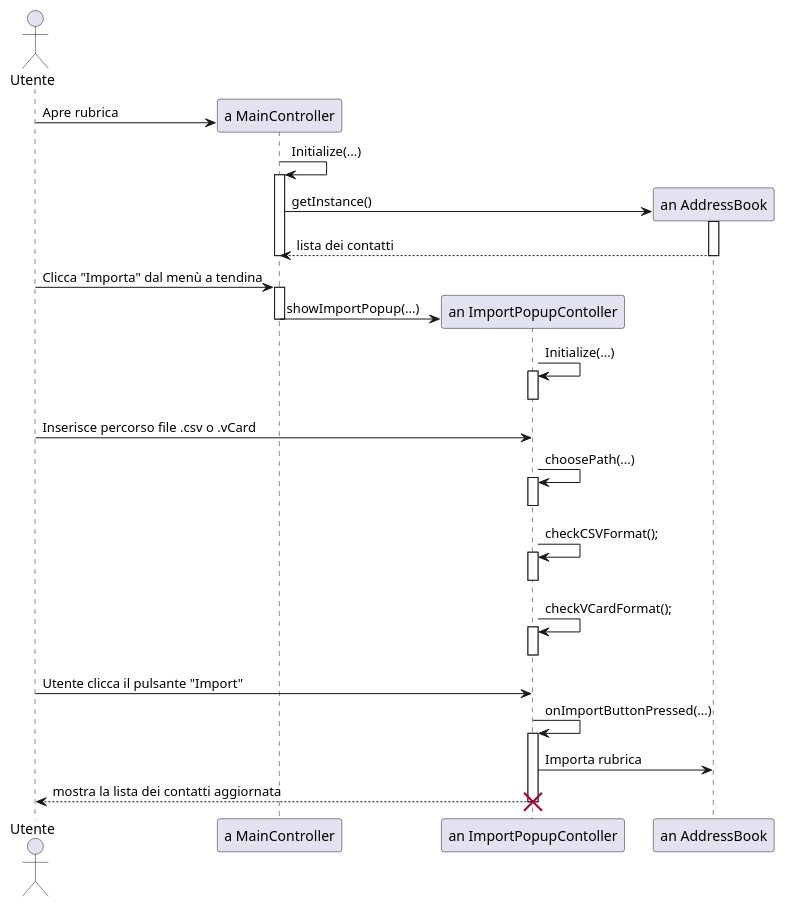
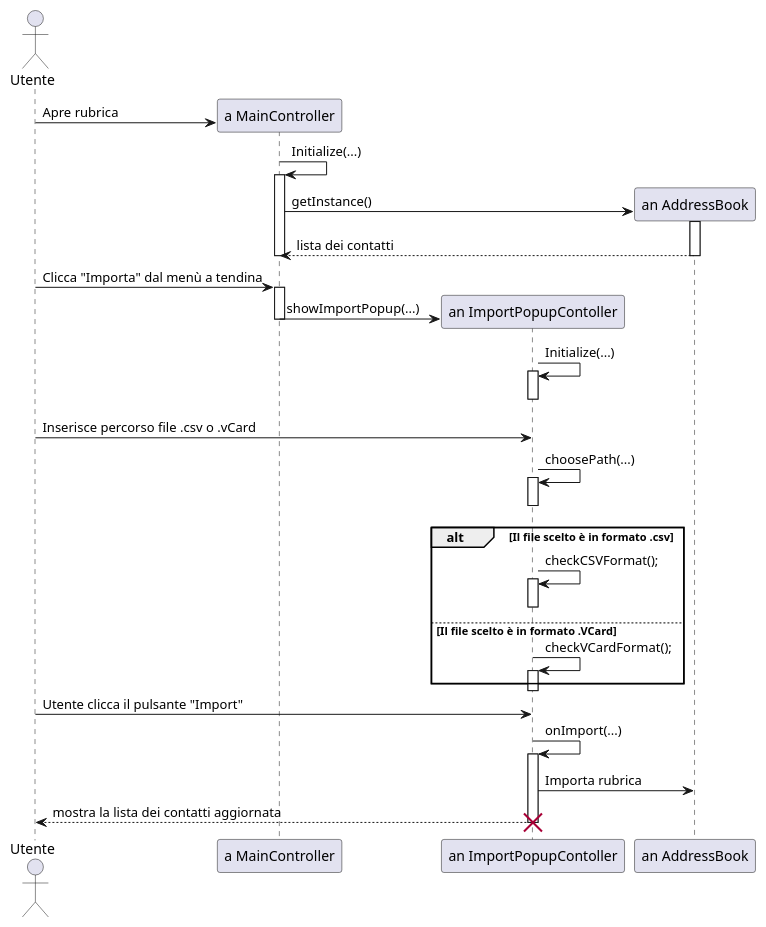
One commit to savaava/ProgettoRubrica changed the diagram in documenti/diagrammaSequenzaC5ImportareRubrica.puml. Above: the diagram before and after it, drawn with PlantUML. The commit also changed 2 other files, not shown here.

```diff
--- a/documenti/diagrammaSequenzaC5ImportareRubrica.puml
+++ b/documenti/diagrammaSequenzaC5ImportareRubrica.puml
@@ -1,44 +1,48 @@
 @startuml C5ImportareRubrica
 
 actor Utente as u
 participant "a MainController" as mc
 participant "an ImportPopupContoller" as ipc
 participant "an AddressBook" as ab
 
 u -> mc ** : Apre rubrica
 mc -> mc : Initialize(...)
 activate mc
 
 mc -> ab ** : getInstance()
 activate ab
 ab --> mc : lista dei contatti
 deactivate ab
 
 deactivate mc
 
 u -> mc : Clicca "Importa" dal menù a tendina
 activate mc
 mc -> ipc ** : showImportPopup(...)
 deactivate mc
 ipc -> ipc : Initialize(...)
 activate ipc
 deactivate ipc
 u -> ipc : Inserisce percorso file .csv o .vCard
 ipc -> ipc : choosePath(...)
 activate ipc
+alt Il file scelto è in formato .csv
 deactivate ipc
 ipc -> ipc : checkCSVFormat();
 activate ipc
+else Il file scelto è in formato .VCard
 deactivate ipc
 ipc -> ipc : checkVCardFormat();
 activate ipc
+
+end
 deactivate ipc
 u -> ipc : Utente clicca il pulsante "Import"
-ipc -> ipc : onImportButtonPressed(...)
+ipc -> ipc : onImport(...)
 activate ipc
 ipc -> ab : Importa rubrica 
 ipc --> u : mostra la lista dei contatti aggiornata
 deactivate ipc
 destroy ipc
 
 @enduml
```
